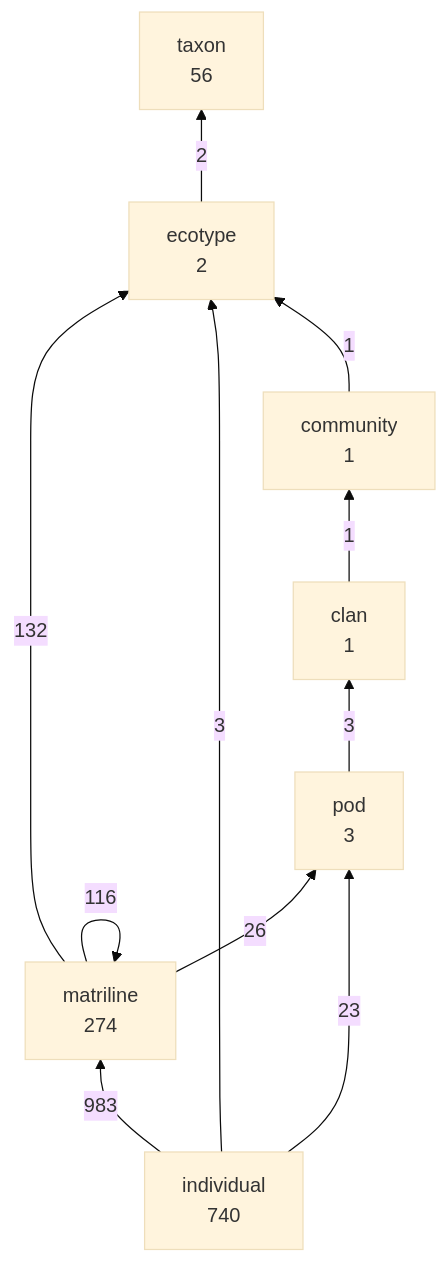
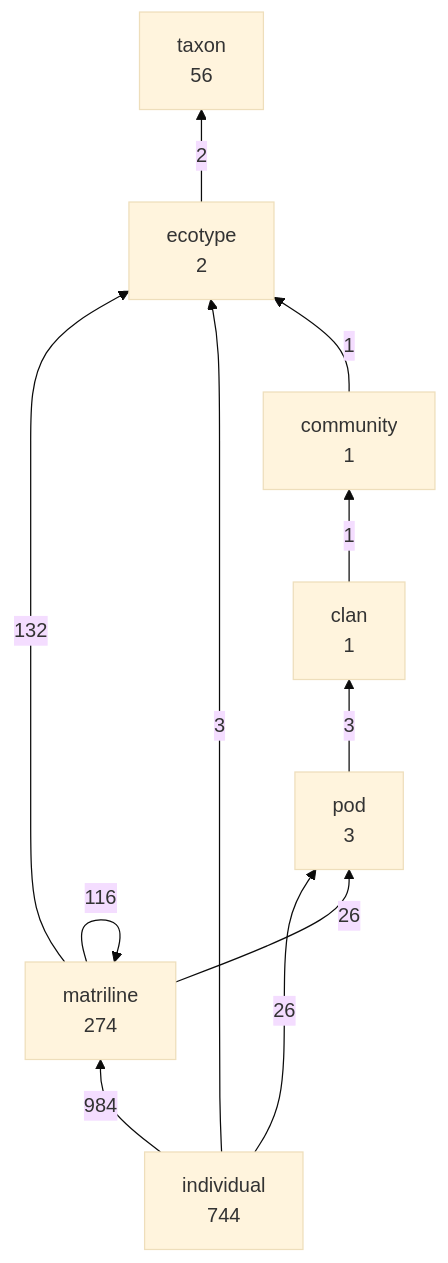
The first of 2 diagrams in dist/structure.md (salish-sea/animals), drawn with Mermaid (base theme) before and after one commit. The commit also changed other lines of this file and 9 other files, not shown here.

````diff
--- a/dist/structure.md
+++ b/dist/structure.md
@@ -11,20 +11,20 @@
 ```mermaid
 graph BT
   clan["clan<br/>1"]
   community["community<br/>1"]
   ecotype["ecotype<br/>2"]
-  individual["individual<br/>740"]
+  individual["individual<br/>744"]
   matriline["matriline<br/>274"]
   pod["pod<br/>3"]
   taxon["taxon<br/>56"]
-  individual -->|983| matriline
+  individual -->|984| matriline
   matriline -->|132| ecotype
   matriline -->|116| matriline
+  individual -->|26| pod
   matriline -->|26| pod
-  individual -->|23| pod
   individual -->|3| ecotype
   pod -->|3| clan
   ecotype -->|2| taxon
   clan -->|1| community
   community -->|1| ecotype
 ```
````
